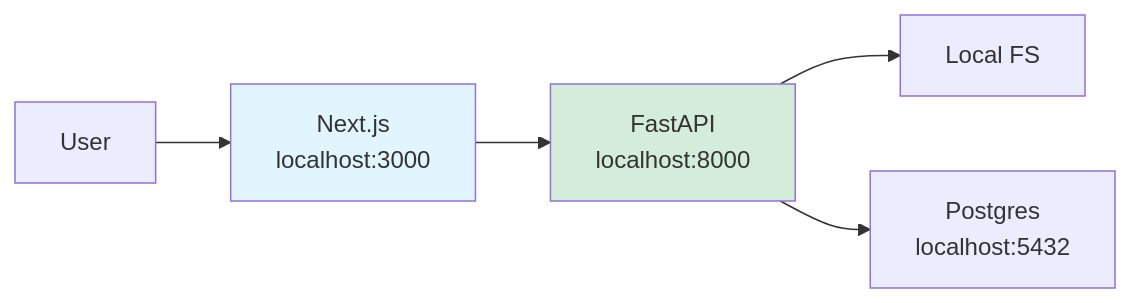
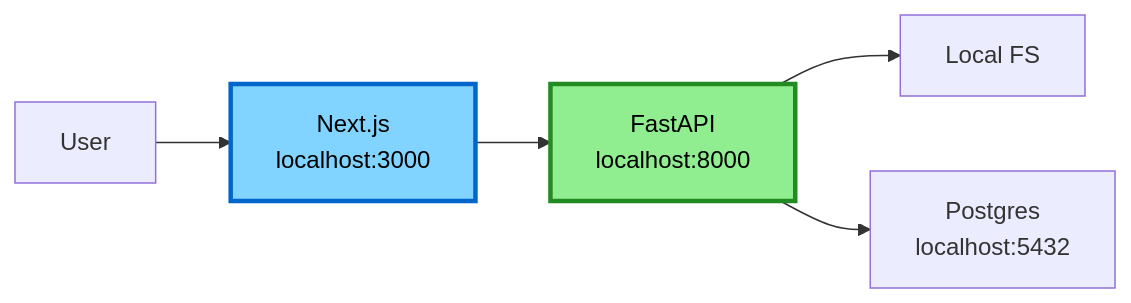
Before and after one commit to ucdavis/accessible-pdf-rocky: the second of 2 diagrams in docs/DEVELOPMENT.md, drawn with Mermaid. The commit also changed other lines of this file and 2 other files, not shown here.

First line of the commit message:
Changed: Updates diagram styles for clarity

````diff
--- a/docs/DEVELOPMENT.md
+++ b/docs/DEVELOPMENT.md
@@ -28,10 +28,10 @@
 ```mermaid
 flowchart LR
     A[User] --> B[Next.js<br/>localhost:3000]
     B --> C[FastAPI<br/>localhost:8000]
     C --> D[Local FS]
     C --> E[Postgres<br/>localhost:5432]
     
-    style B fill:#e1f5ff
-    style C fill:#d4edda
+    style B fill:#80d4ff,stroke:#0066cc,stroke-width:3px,color:#000
+    style C fill:#90ee90,stroke:#228b22,stroke-width:3px,color:#000
 ```
````
